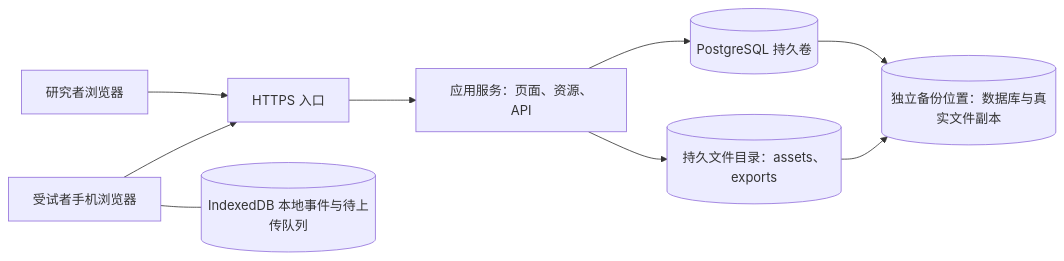
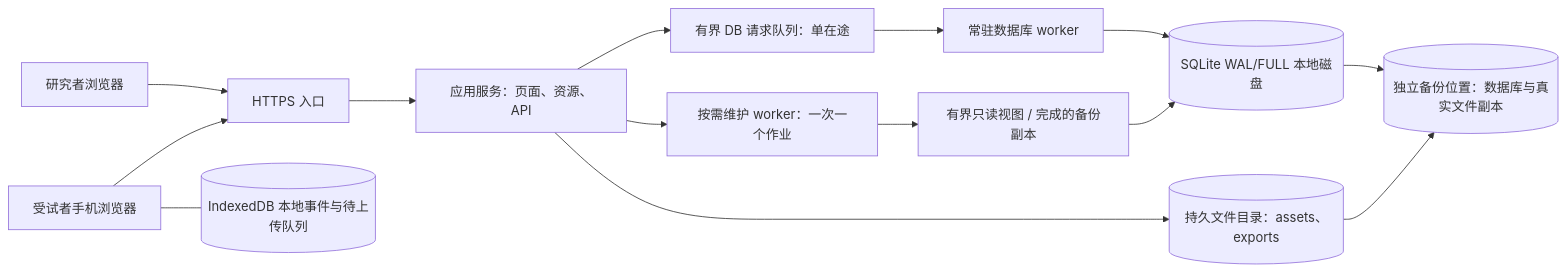
One commit to tianzilei/browser-psych-lab changed the diagram in docs/浏览器心理实验问卷平台_完整自托管设计.md. Above: the diagram before and after it, drawn with Mermaid. The commit also changed other lines of this file and 33 other files, not shown here.

````diff
--- a/docs/浏览器心理实验问卷平台_完整自托管设计.md
+++ b/docs/浏览器心理实验问卷平台_完整自托管设计.md
@@ -118,11 +120,16 @@
 ```mermaid
 flowchart LR
     A[研究者浏览器] --> H[HTTPS 入口]
     P[受试者手机浏览器] --> H
     H --> S[应用服务：页面、资源、API]
-    S --> D[(PostgreSQL 持久卷)]
+    S --> Q[有界 DB 请求队列：单在途]
+    Q --> W[常驻数据库 worker]
+    W --> D[(SQLite WAL/FULL 本地磁盘)]
+    S --> M[按需维护 worker：一次一个作业]
+    M --> R[有界只读视图 / 完成的备份副本]
+    R --> D
     S --> O[(持久文件目录：assets、exports)]
     D --> B[(独立备份位置：数据库与真实文件副本)]
     O --> B
     P --- L[(IndexedDB 本地事件与待上传队列)]
 ```
````
